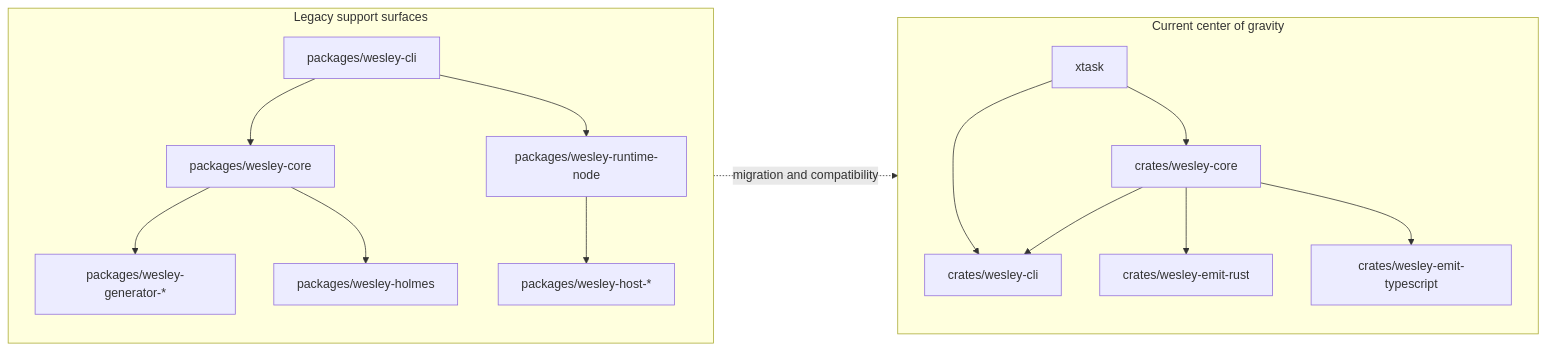
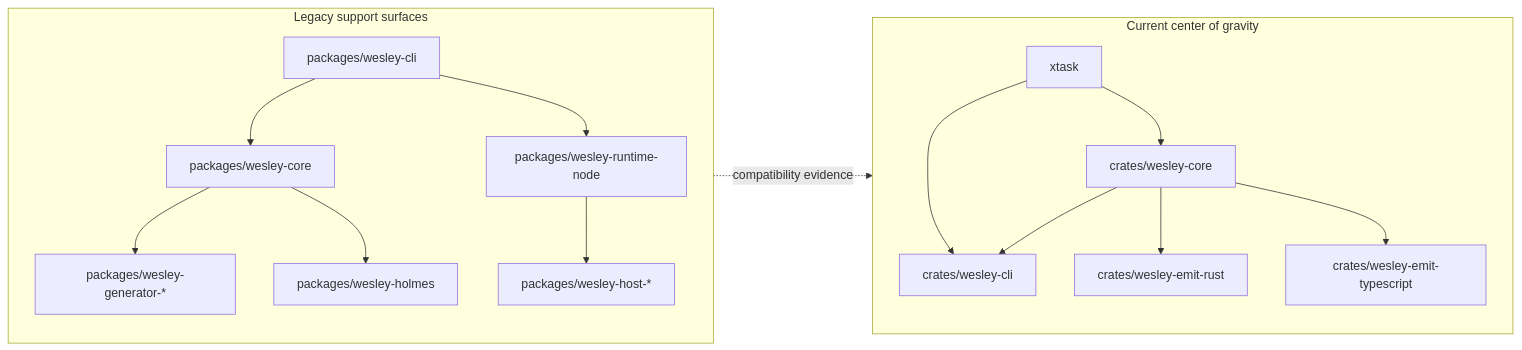
The fifth of 24 diagrams in docs/END_TO_END.md (flyingrobots/wesley), drawn with Mermaid before and after one commit. The commit also changed other lines of this file and 34 other files, not shown here.

````diff
--- a/docs/END_TO_END.md
+++ b/docs/END_TO_END.md
@@ -206,32 +207,32 @@
 ```mermaid
 flowchart LR
     subgraph CurrentCenter["Current center of gravity"]
         Core[crates/wesley-core]
         Cli[crates/wesley-cli]
         EmitRust[crates/wesley-emit-rust]
         EmitTS[crates/wesley-emit-typescript]
         Xtask[xtask]
     end
 
     subgraph LegacySupport["Legacy support surfaces"]
         JsCore[packages/wesley-core]
         JsCli[packages/wesley-cli]
         RuntimeNode[packages/wesley-runtime-node]
         Generators[packages/wesley-generator-*]
         Holmes[packages/wesley-holmes]
         Hosts[packages/wesley-host-*]
     end
 
     Core --> Cli
     Core --> EmitRust
     Core --> EmitTS
     Xtask --> Core
     Xtask --> Cli
     JsCli --> JsCore
     JsCli --> RuntimeNode
     JsCore --> Generators
     JsCore --> Holmes
     RuntimeNode --> Hosts
 
-    LegacySupport -. migration and compatibility .-> CurrentCenter
+    LegacySupport -. compatibility evidence .-> CurrentCenter
 ```
````
